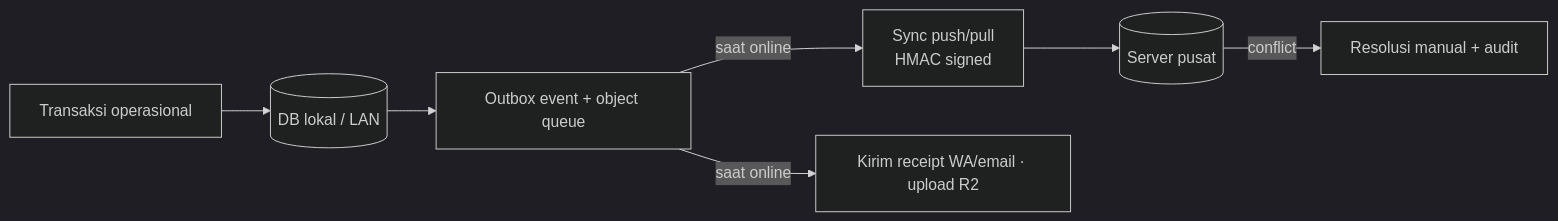
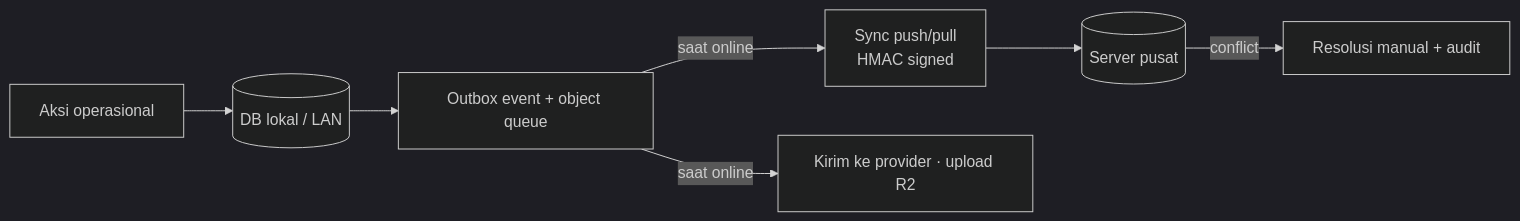
Before and after one commit to ahliweb/awcms-mini: the second of 3 diagrams in README.md, drawn with Mermaid (dark theme). The commit also changed other lines of this file and 63 other files, not shown here.

````diff
--- a/README.md
+++ b/README.md
@@ -53,9 +64,9 @@
 ```mermaid
 flowchart LR
-  Tx[Transaksi operasional] --> Local[(DB lokal / LAN)]
+  Tx[Aksi operasional] --> Local[(DB lokal / LAN)]
   Local --> Outbox[Outbox event + object queue]
   Outbox -->|saat online| Sync[Sync push/pull<br/>HMAC signed]
   Sync --> Server[(Server pusat)]
-  Outbox -->|saat online| Deliver[Kirim receipt WA/email · upload R2]
+  Outbox -->|saat online| Deliver[Kirim ke provider · upload R2]
   Server -->|conflict| Manual[Resolusi manual + audit]
 ```
````
